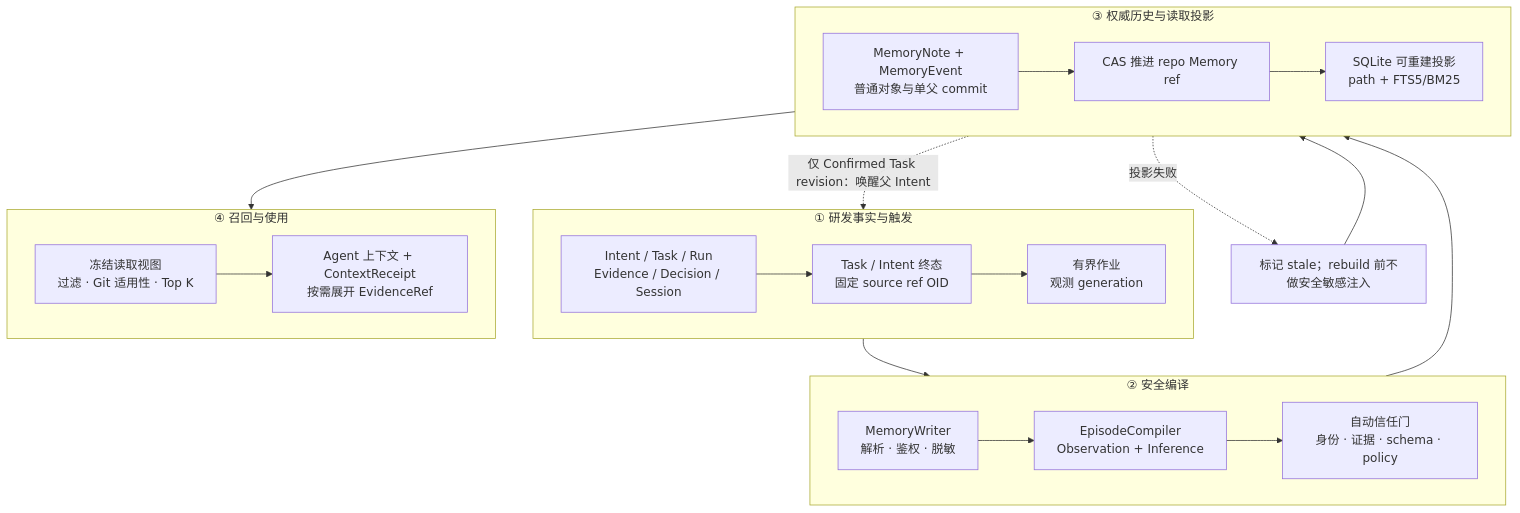
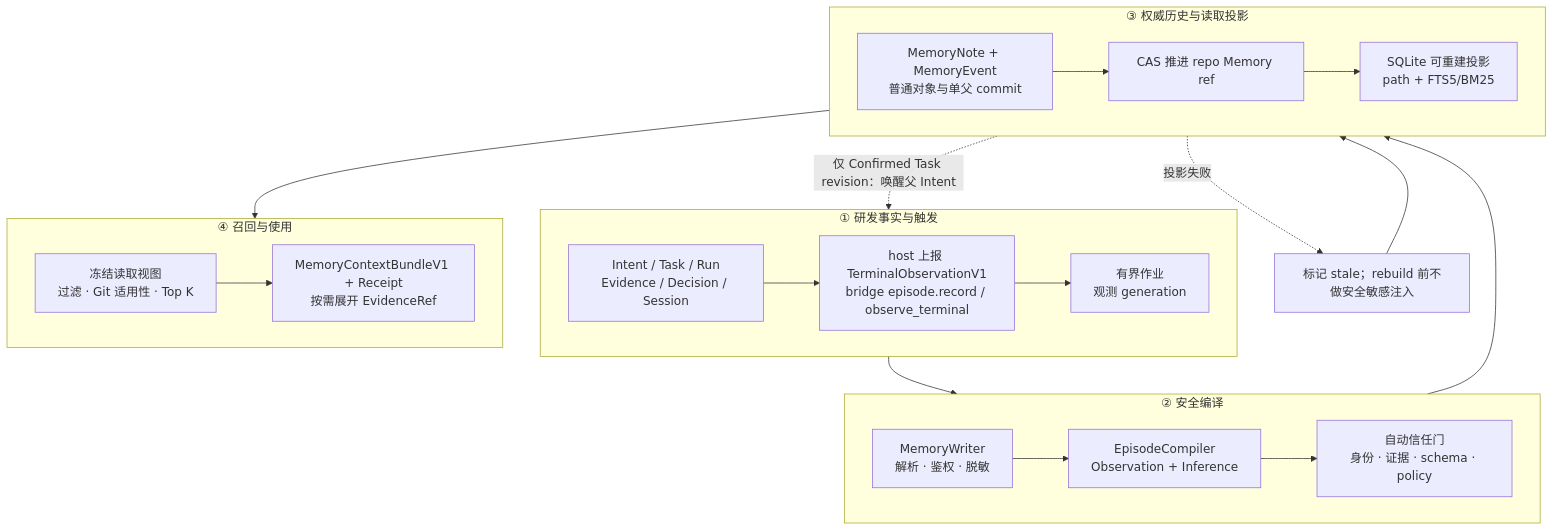
The first of 3 diagrams in docs/development/plan/plan-20260819.md (Anduin9527/libra), drawn with Mermaid before and after one commit. The commit also changed other lines of this file and 156 other files, not shown here.

````diff
--- a/docs/development/plan/plan-20260819.md
+++ b/docs/development/plan/plan-20260819.md
@@ -63,26 +136,26 @@
 ```mermaid
 flowchart TB
     subgraph S1["① 研发事实与触发"]
         direction LR
-        A["Intent / Task / Run<br/>Evidence / Decision / Session"] --> B["Task / Intent 终态<br/>固定 source ref OID"] --> C["有界作业<br/>观测 generation"]
+        A["Intent / Task / Run<br/>Evidence / Decision / Session"] --> B["host 上报 TerminalObservationV1<br/>bridge episode.record / observe_terminal"] --> C["有界作业<br/>观测 generation"]
     end
     subgraph S2["② 安全编译"]
         direction LR
         D["MemoryWriter<br/>解析 · 鉴权 · 脱敏"] --> E["EpisodeCompiler<br/>Observation + Inference"] --> F["自动信任门<br/>身份 · 证据 · schema · policy"]
     end
     subgraph S3["③ 权威历史与读取投影"]
         direction LR
         G["MemoryNote + MemoryEvent<br/>普通对象与单父 commit"] --> H["CAS 推进 repo Memory ref"] --> I["SQLite 可重建投影<br/>path + FTS5/BM25"]
     end
     subgraph S4["④ 召回与使用"]
         direction LR
-        J["冻结读取视图<br/>过滤 · Git 适用性 · Top K"] --> K["Agent 上下文 + ContextReceipt<br/>按需展开 EvidenceRef"]
+        J["冻结读取视图<br/>过滤 · Git 适用性 · Top K"] --> K["MemoryContextBundleV1 + Receipt<br/>按需展开 EvidenceRef"]
     end
 
     C --> D
     F --> G
     I --> J
     H -. "仅 Confirmed Task revision：唤醒父 Intent" .-> C
     H -. "投影失败" .-> R["标记 stale；rebuild 前不做安全敏感注入"]
     R --> I
 ```
````
